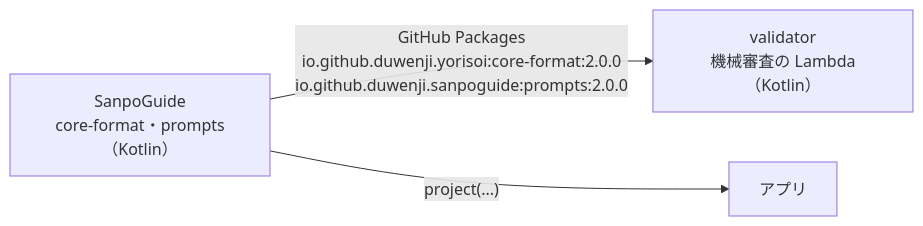
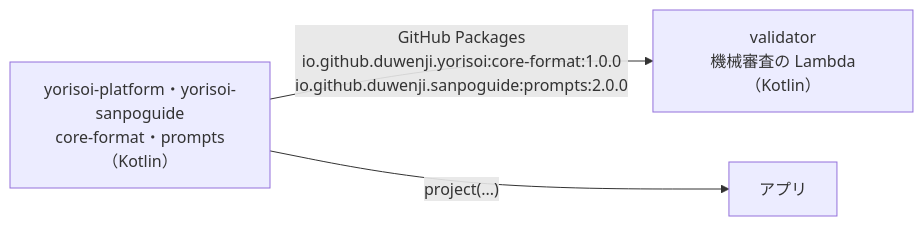
The first of 2 diagrams in 08-aws/08-kotlin-lambda.md (duwenji/yorisoi-tutorial), drawn with Mermaid before and after one commit. The commit also changed other lines of this file and 47 other files, not shown here.

First line of the commit message:
docs: SanpoGuide のリポジトリの分割（yorisoi-platform・yorisoi-sanpoguide）に追従する

````diff
--- a/08-aws/08-kotlin-lambda.md
+++ b/08-aws/08-kotlin-lambda.md
@@ -19,5 +19,5 @@
 ```mermaid
 flowchart LR
-    SG["SanpoGuide<br/>core-format・prompts（Kotlin）"] -->|"GitHub Packages<br/>io.github.duwenji.yorisoi:core-format:2.0.0<br/>io.github.duwenji.sanpoguide:prompts:2.0.0"| V["validator<br/>機械審査の Lambda（Kotlin）"]
+    SG["yorisoi-platform・yorisoi-sanpoguide<br/>core-format・prompts（Kotlin）"] -->|"GitHub Packages<br/>io.github.duwenji.yorisoi:core-format:1.0.0<br/>io.github.duwenji.sanpoguide:prompts:2.0.0"| V["validator<br/>機械審査の Lambda（Kotlin）"]
     SG -->|"project(...)"| APP["アプリ"]
 ```
````
